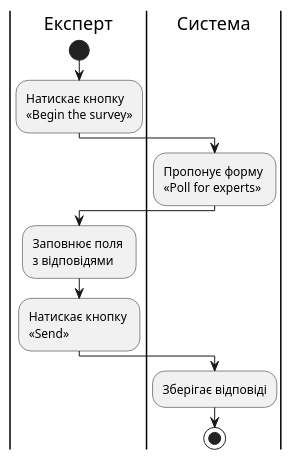
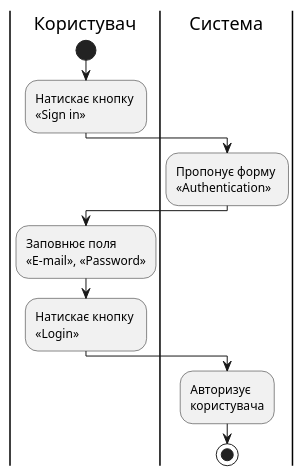
The diagram in src/uml/use-cases/se-1-6.puml (anrysliusar/SurvExp), drawn with PlantUML before and after one commit. The commit also changed 4 other files, not shown here.

```diff
--- a/src/uml/use-cases/se-1-6.puml
+++ b/src/uml/use-cases/se-1-6.puml
@@ -1,17 +1,17 @@
 @startuml
 
-  |Експерт|
+  |Користувач|
   start
-  :Натискає кнопку \n«Begin the survey»;
+  :Натискає кнопку \n«Sign in»;
   |Система|
-  :Пропонує форму \n«Poll for experts»;
-  |Експерт|
-  :Заповнює поля \nз відповідями;
-  |Експерт|
-  :Натискає кнопку \n«Send»;
+  :Пропонує форму \n«Authentication»;
+  |Користувач|
+  :Заповнює поля \n«E-mail», «Password»;
+  |Користувач|
+  :Натискає кнопку \n«Login»;
   |Система|
-  :Зберігає відповіді;
+  :Авторизує \nкористувача;
   
   stop
 
 @enduml
```
